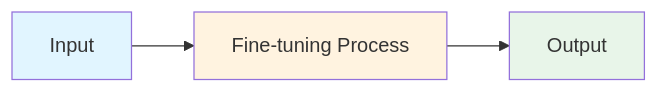
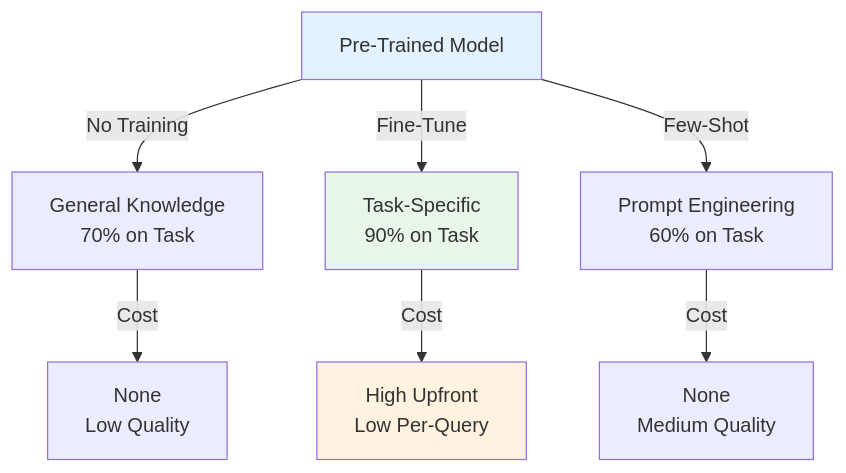
One commit to souradeepta/interviewprep-ai changed the first of 2 diagrams in llm/concepts/finetuning.md. Above: the diagram before and after it, drawn with Mermaid. The commit also changed other lines of this file and 20 other files, not shown here.

First line of the commit message:
feat: enhance 18 LLM concept files with detailed Q&A, diagrams, and real-world examples

````diff
--- a/llm/concepts/finetuning.md
+++ b/llm/concepts/finetuning.md
@@ -42,9 +42,14 @@
 ```mermaid
-graph LR
-    A["Input"] --> B["Fine-tuning Process"]
-    B --> C["Output"]
+graph TD
+    A["Pre-Trained Model"] -->|No Training| B["General Knowledge<br/>70% on Task"]
+    A -->|Fine-Tune| C["Task-Specific<br/>90% on Task"]
+    A -->|Few-Shot| D["Prompt Engineering<br/>60% on Task"]
 
-    style A fill:#e1f5ff
-    style B fill:#fff3e0
+    C -->|Cost| E["High Upfront<br/>Low Per-Query"]
+    B -->|Cost| F["None<br/>Low Quality"]
+    D -->|Cost| G["None<br/>Medium Quality"]
+
+    style A fill:#e3f2fd
     style C fill:#e8f5e9
+    style E fill:#fff3e0
 ```
````
